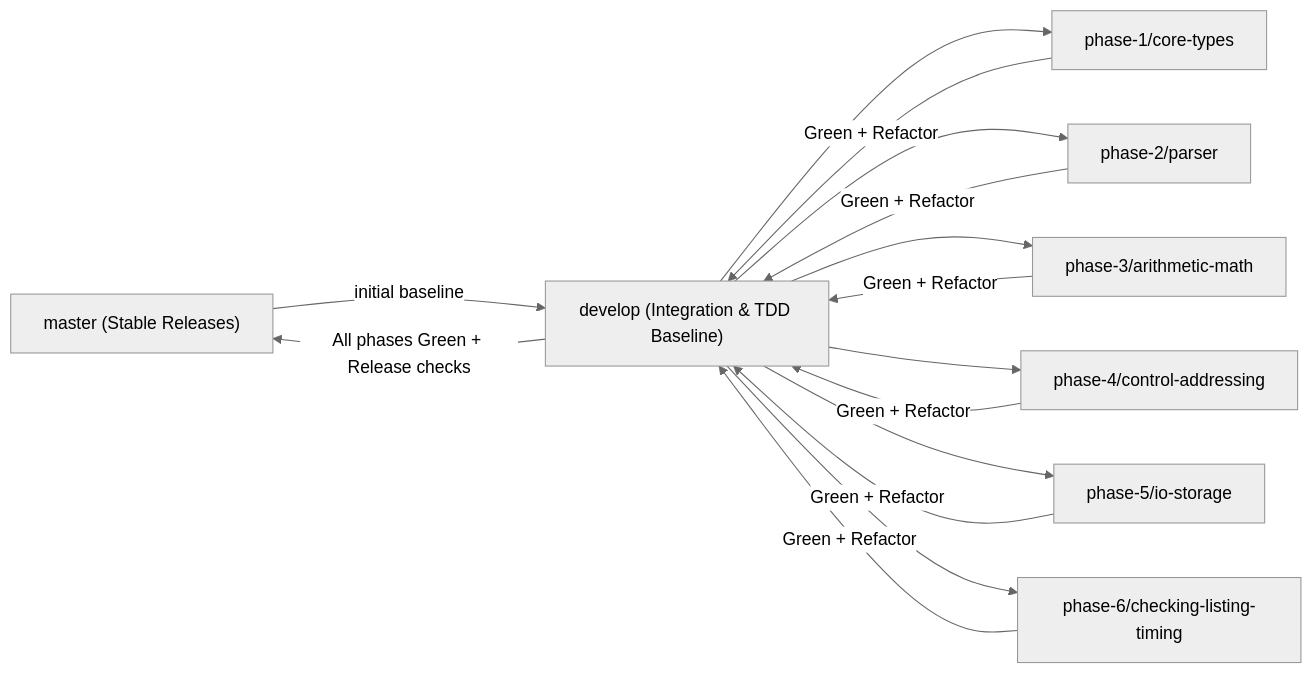
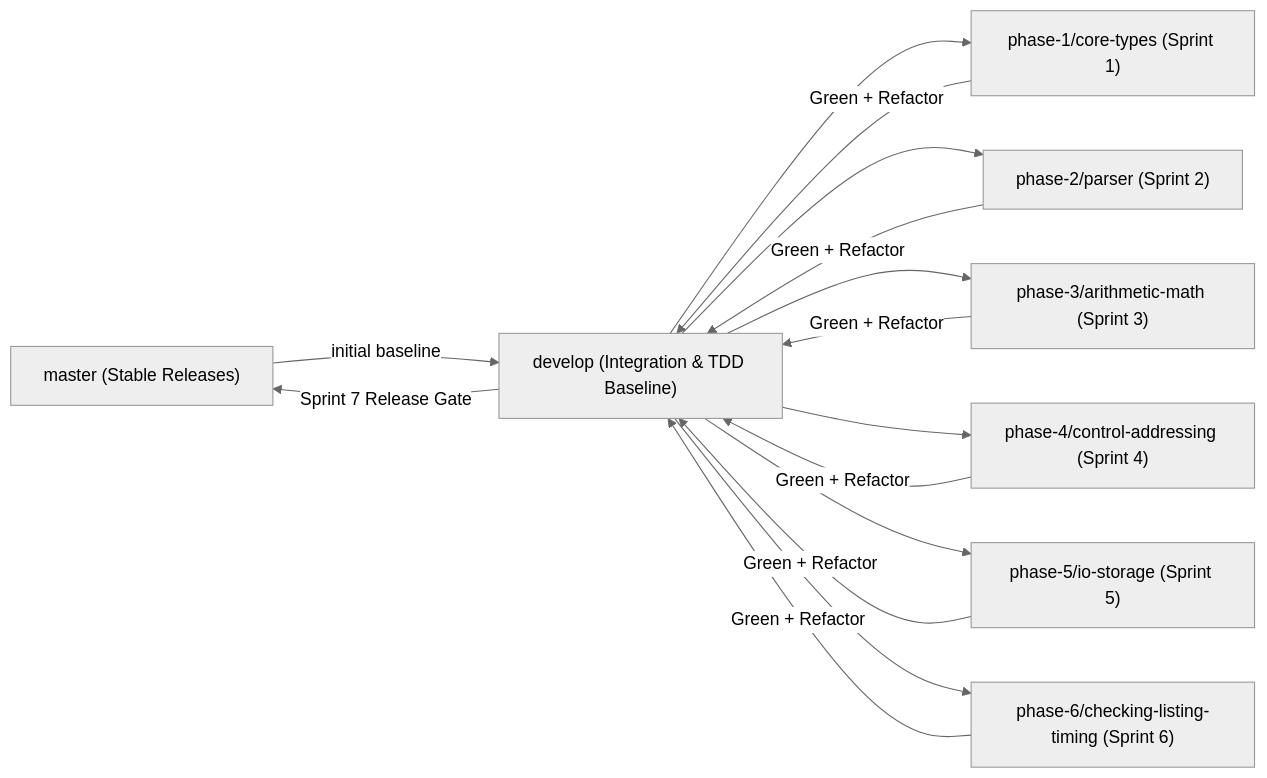
The first of 2 diagrams in docs/TIMELINE-AND-BRANCHES.md (Mr-Kumar-Abhishek/speedcoding), drawn with Mermaid (neutral theme) before and after one commit. The commit also changed other lines of this file and 5 other files, not shown here.

````diff
--- a/docs/TIMELINE-AND-BRANCHES.md
+++ b/docs/TIMELINE-AND-BRANCHES.md
@@ -9,26 +9,26 @@
 ```mermaid
 flowchart LR
     M["master (Stable Releases)"]
     D["develop (Integration & TDD Baseline)"]
-    P1["phase-1/core-types"]
-    P2["phase-2/parser"]
-    P3["phase-3/arithmetic-math"]
-    P4["phase-4/control-addressing"]
-    P5["phase-5/io-storage"]
-    P6["phase-6/checking-listing-timing"]
+    P1["phase-1/core-types (Sprint 1)"]
+    P2["phase-2/parser (Sprint 2)"]
+    P3["phase-3/arithmetic-math (Sprint 3)"]
+    P4["phase-4/control-addressing (Sprint 4)"]
+    P5["phase-5/io-storage (Sprint 5)"]
+    P6["phase-6/checking-listing-timing (Sprint 6)"]
 
     M -->|initial baseline| D
     D --> P1
     D --> P2
     D --> P3
     D --> P4
     D --> P5
     D --> P6
     P1 -->|Green + Refactor| D
     P2 -->|Green + Refactor| D
     P3 -->|Green + Refactor| D
     P4 -->|Green + Refactor| D
     P5 -->|Green + Refactor| D
     P6 -->|Green + Refactor| D
-    D -->|All phases Green + Release checks| M
+    D -->|Sprint 7 Release Gate| M
 ```
````
